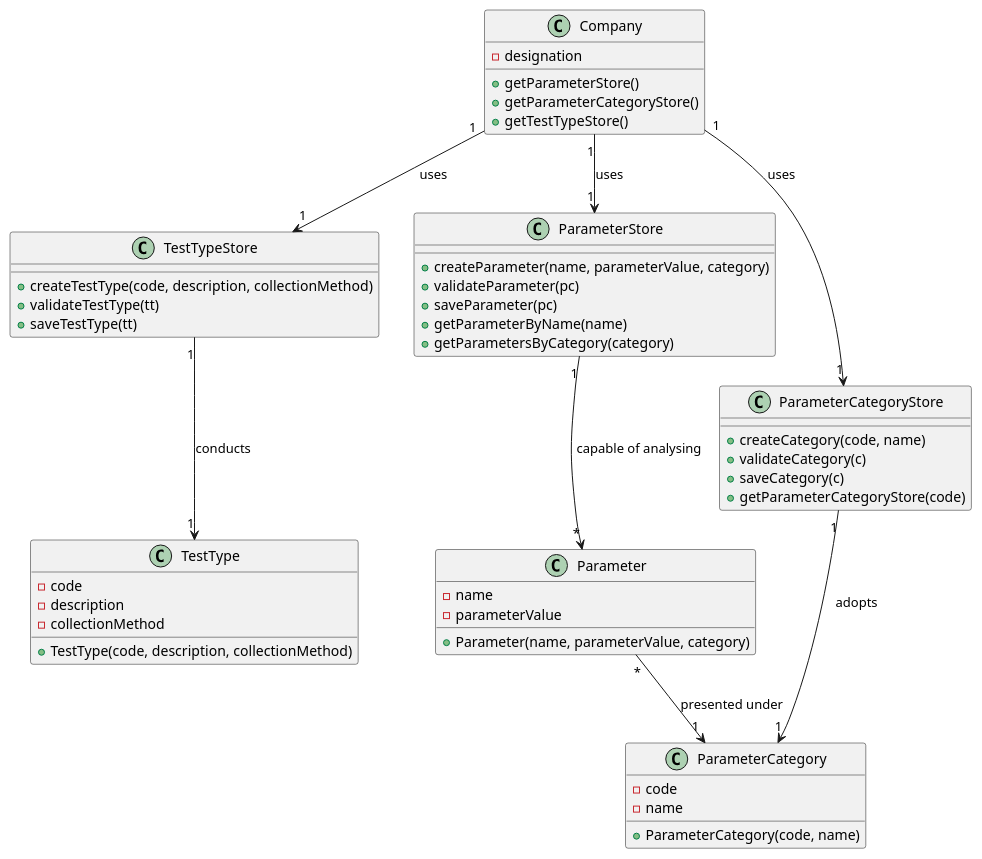
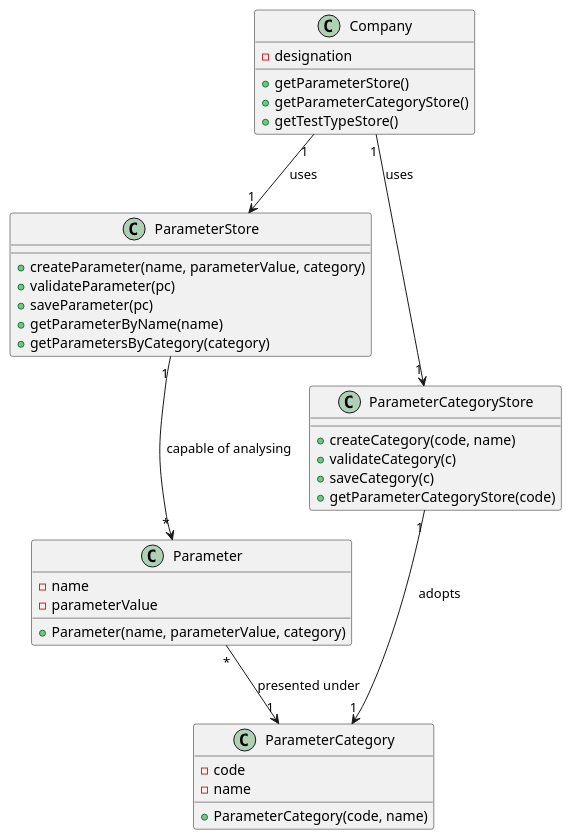
One commit to manu-07-ela/LAPR2_ISEP changed the diagram in docs/SprintB/US11/US11-CD.puml. Above: the diagram before and after it, drawn with PlantUML. The commit also changed 1 other file, not shown here.

```diff
--- a/docs/SprintB/US11/US11-CD.puml
+++ b/docs/SprintB/US11/US11-CD.puml
@@ -1,67 +1,53 @@
 @startuml
 class Company
-class TestTypeStore
 class ParameterStore
 class ParameterCategoryStore
-class TestType
 class Parameter
 class ParameterCategory
 
 class Company{
 -designation
 +getParameterStore()
 +getParameterCategoryStore()
 +getTestTypeStore()
 }
 
-class TestTypeStore{
-+createTestType(code, description, collectionMethod)
-+validateTestType(tt)
-+saveTestType(tt)
-}
 
 class ParameterStore{
 +createParameter(name, parameterValue, category)
 +validateParameter(pc)
 +saveParameter(pc)
 +getParameterByName(name)
 +getParametersByCategory(category)
 }
 
 class ParameterCategoryStore{
 +createCategory(code, name)
 +validateCategory(c)
 +saveCategory(c)
 +getParameterCategoryStore(code)
 }
 
 class Parameter {
 -name
 -parameterValue
 +Parameter(name, parameterValue, category)
 }
 
 class ParameterCategory {
 -code
 -name
 +ParameterCategory(code, name)
 }
 
-class TestType{
--code
--description
--collectionMethod
-+TestType(code, description, collectionMethod)
-}
+
 
 Company "1"-->"1" ParameterStore : uses
 Company "1"-->"1" ParameterCategoryStore : uses
-Company "1"-->"1" TestTypeStore : uses
-TestTypeStore "1"-->"1" TestType : conducts
 ParameterCategoryStore "1"-->"1" ParameterCategory: adopts
 ParameterStore "1"-->"*" Parameter: capable of analysing
 Parameter "*"-->"1" ParameterCategory : presented under
 
 
 
 @enduml
```
